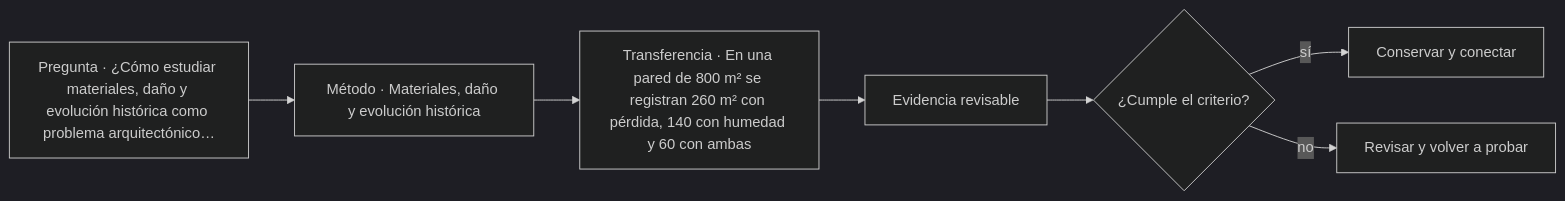
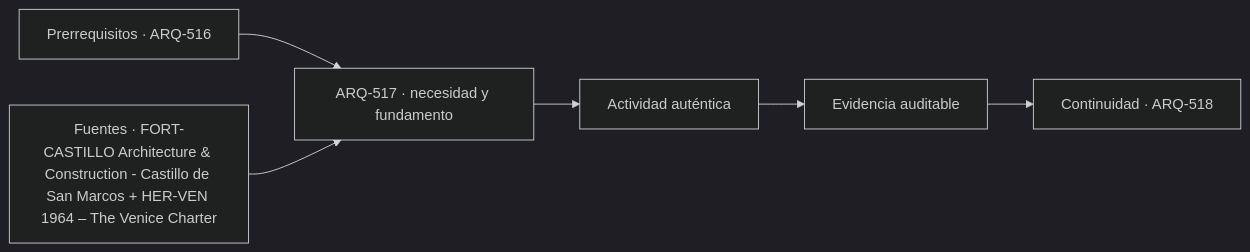
One commit to vladimiracunadev-create/architecture-built-environment-learning-program changed the diagram in classes/parte-52/ARQ-517.md. Above: the diagram before and after it, drawn with Mermaid (dark theme). The commit also changed other lines of this file and 761 other files, not shown here.

````diff
--- a/classes/parte-52/ARQ-517.md
+++ b/classes/parte-52/ARQ-517.md
@@ -81,9 +93,8 @@
 ```mermaid
 flowchart LR
-    Q["Pregunta · ¿Cómo estudiar materiales, daño y evolución histórica como problema arquitectónico…"] --> M["Método · Materiales, daño y evolución histórica"]
-    M --> P["Transferencia · En una pared de 800 m² se registran 260 m² con pérdida, 140 con humedad y 60 con ambas"]
-    P --> E["Evidencia revisable"]
-    E --> C{"¿Cumple el criterio?"}
-    C -->|sí| T["Conservar y conectar"]
-    C -->|no| R["Revisar y volver a probar"]
+    A["Prerrequisitos · ARQ-516"] --> B["ARQ-517 · necesidad y fundamento"]
+    S["Fuentes · FORT-CASTILLO Architecture & Construction - Castillo de San Marcos + HER-VEN 1964 – The Venice Charter"] --> B
+    B --> C["Actividad auténtica"]
+    C --> D["Evidencia auditable"]
+    D --> E["Continuidad · ARQ-518"]
 ```
````
